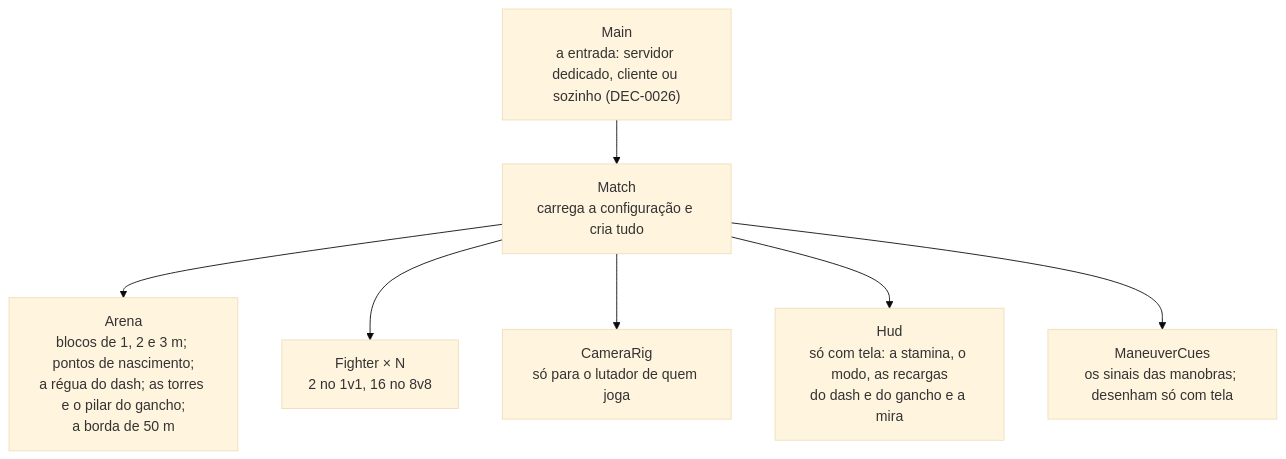
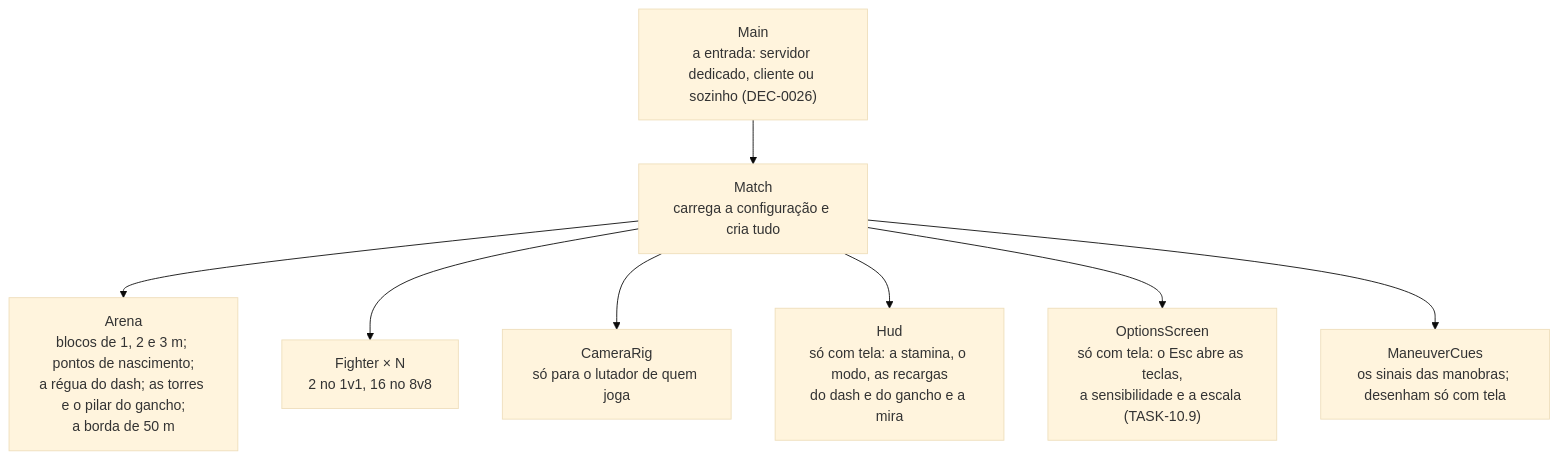
One commit to Kibryant/jogo-acrobatico changed the fifth of 5 diagrams in docs/arquitetura/visao-geral.md. Above: the diagram before and after it, drawn with Mermaid (base theme). The commit also changed 26 other files, not shown here.

Commit message:
TASK-10.9: a tela de opções, o arquivo de opções, o lutador calado com a tela aberta e a sensibilidade em tempo real (implementer)

````diff
--- a/docs/arquitetura/visao-geral.md
+++ b/docs/arquitetura/visao-geral.md
@@ -199,9 +199,10 @@
 ```mermaid
 flowchart TB
   main["Main<br/>a entrada: servidor dedicado, cliente ou sozinho (DEC-0026)"] --> match["Match<br/>carrega a configuração e cria tudo"]
   match --> arena["Arena<br/>blocos de 1, 2 e 3 m; pontos de nascimento;<br/>a régua do dash; as torres e o pilar do gancho;<br/>a borda de 50 m"]
   match --> fighters["Fighter × N<br/>2 no 1v1, 16 no 8v8"]
   match --> cam["CameraRig<br/>só para o lutador de quem joga"]
   match --> hud["Hud<br/>só com tela: a stamina, o modo, as recargas<br/>do dash e do gancho e a mira"]
+  match --> options["OptionsScreen<br/>só com tela: o Esc abre as teclas,<br/>a sensibilidade e a escala (TASK-10.9)"]
   match --> cues["ManeuverCues<br/>os sinais das manobras; desenham só com tela"]
 ```
````
